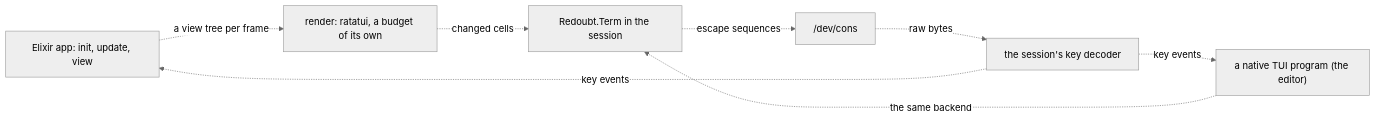
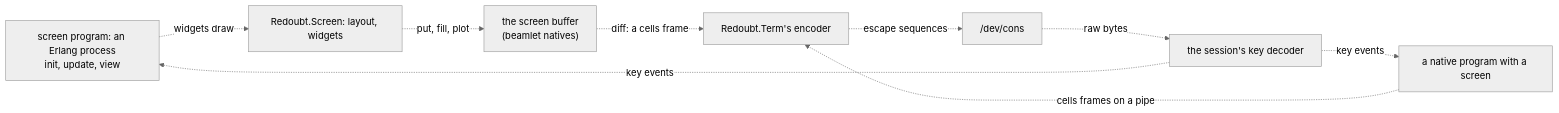
One commit to sirmick/redoubt changed the first of 2 diagrams in docs/userland/shell.md. Above: the diagram before and after it, drawn with Mermaid (neutral theme). The commit also changed other lines of this file and 15 other files, not shown here.

````diff
--- a/docs/userland/shell.md
+++ b/docs/userland/shell.md
@@ -291,10 +357,11 @@
 ```mermaid
 flowchart LR
-    APP["Elixir app: init, update, view"] -.->|"a view tree per frame"| R["render: ratatui, a budget of its own"]
-    NP["a native TUI program (the editor)"] -.->|"the same backend"| CELLS
-    R -.->|"changed cells"| CELLS["Redoubt.Term in the session"]
-    CELLS -.->|"escape sequences"| C["/dev/cons"]
+    APP["screen program: an Erlang process<br/>init, update, view"] -.->|"widgets draw"| W["Redoubt.Screen: layout, widgets"]
+    W -.->|"put, fill, plot"| B["the screen buffer<br/>(beamlet natives)"]
+    B -.->|"diff: a cells frame"| E["Redoubt.Term's encoder"]
+    NP["a native program with a screen"] -.->|"cells frames on a pipe"| E
+    E -.->|"escape sequences"| C["/dev/cons"]
     C -.->|"raw bytes"| K["the session's key decoder"]
     K -.->|"key events"| APP
     K -.->|"key events"| NP
 ```
````
